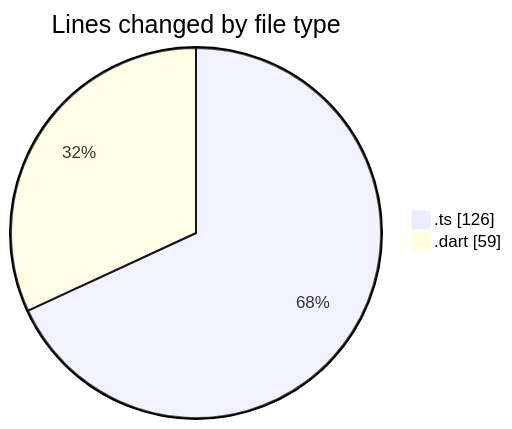
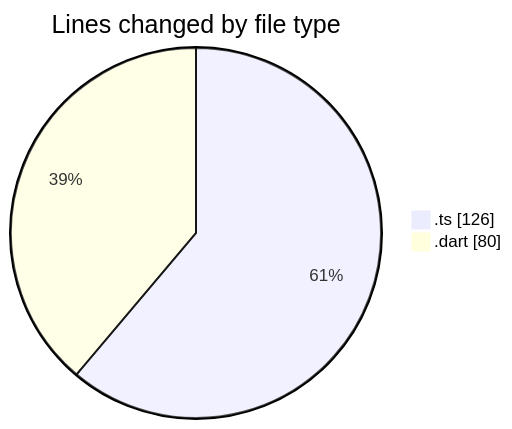
The first of 2 diagrams in 2025-02-09/maps_clone/README.md (donsfak/code-tracking), drawn with Mermaid before and after one commit. The commit also changed other lines of this file and 1 other file, not shown here.

````diff
--- a/2025-02-09/maps_clone/README.md
+++ b/2025-02-09/maps_clone/README.md
@@ -21,6 +21,6 @@
 ```mermaid
 pie showData
 title Lines changed by file type
 ".ts" : 126
-".dart" : 59
+".dart" : 80
 ```
````
